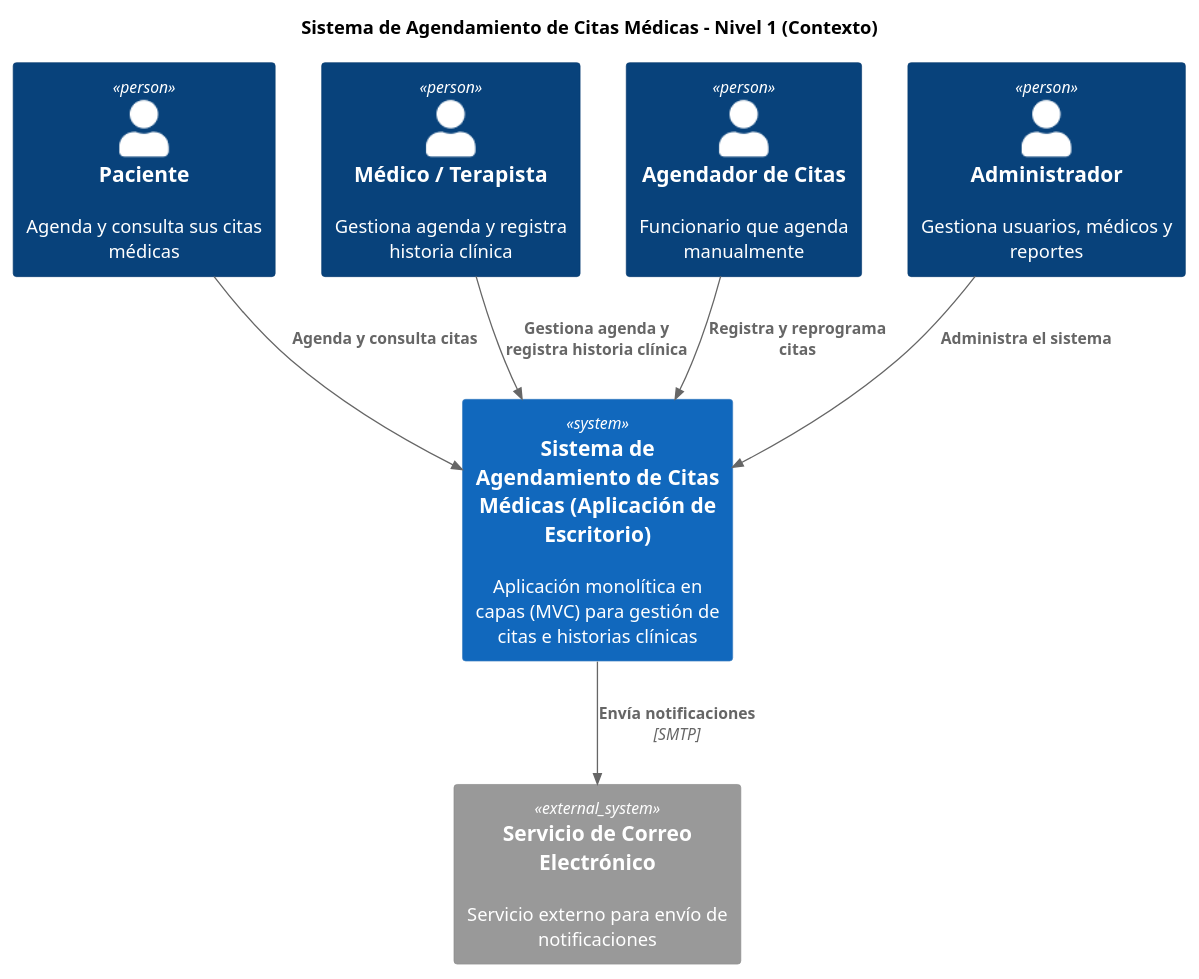
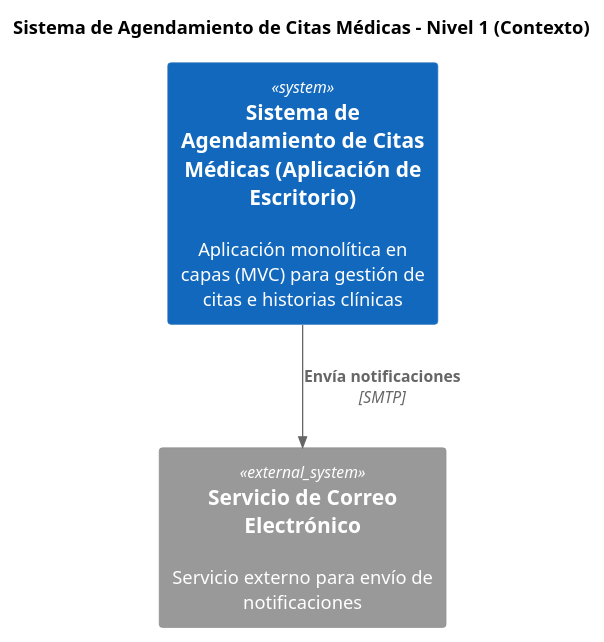
Before and after one commit to LeyderCeronM/LeyderCeronM-Software-Architecture-Laboratory: the diagram in practice_3_modeling_of_software_architecture/mod_app_piedrazul_medical_services_network/dContext.puml, drawn with PlantUML.

Commit message:
update context diagram

```diff
--- a/practice_3_modeling_of_software_architecture/mod_app_piedrazul_medical_services_network/dContext.puml
+++ b/practice_3_modeling_of_software_architecture/mod_app_piedrazul_medical_services_network/dContext.puml
@@ -1,25 +1,13 @@
 @startuml Context
 !include https://raw.githubusercontent.com/plantuml-stdlib/C4-PlantUML/master/C4_Context.puml
 
 title Sistema de Agendamiento de Citas Médicas - Nivel 1 (Contexto)
 
-Person(paciente, "Paciente", "Agenda y consulta sus citas médicas")
-
-Person(medico, "Médico / Terapista", "Gestiona agenda y registra historia clínica")
-
-Person(agendador, "Agendador de Citas", "Funcionario que agenda manualmente")
-
-Person(admin, "Administrador", "Gestiona usuarios, médicos y reportes")
-
 System(sistema, "Sistema de Agendamiento de Citas Médicas (Aplicación de Escritorio)", "Aplicación monolítica en capas (MVC) para gestión de citas e historias clínicas")
 
 System_Ext(email, "Servicio de Correo Electrónico", "Servicio externo para envío de notificaciones")
 
-Rel(paciente, sistema, "Agenda y consulta citas")
-Rel(medico, sistema, "Gestiona agenda y registra historia clínica")
-Rel(agendador, sistema, "Registra y reprograma citas")
-Rel(admin, sistema, "Administra el sistema")
 
 Rel(sistema, email, "Envía notificaciones", "SMTP")
 
 @enduml
```
